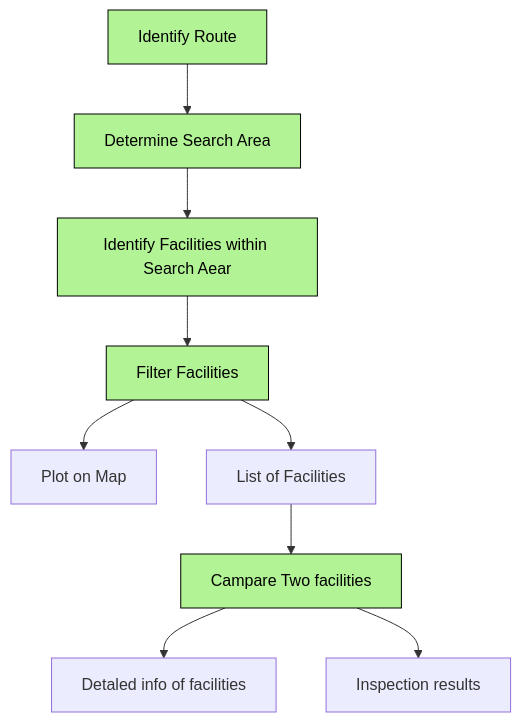
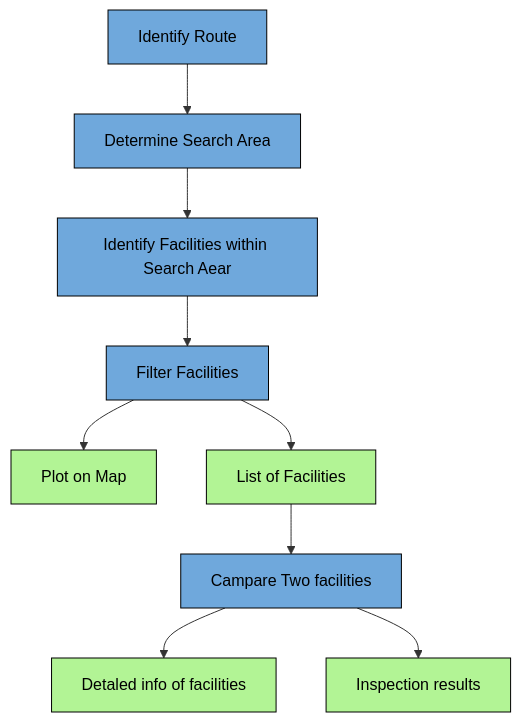
One commit to abidgen/nyc_childcare_finder changed the diagram in README.md. Above: the diagram before and after it, drawn with Mermaid.

````diff
--- a/README.md
+++ b/README.md
@@ -32,15 +32,15 @@
 ```mermaid
 flowchart TD
     A[Identify Route]:::process --> B[Determine Search Area]:::process
     B --> C[Identify Facilities within Search Aear]:::process
     C --> D[Filter Facilities]:::process
     D --> E[Plot on Map]:::result
     D --> F[List of Facilities]:::result
     F --> G[Campare Two facilities]:::process
     G --> H[Detaled info of facilities]:::result 
     G --> I[Inspection results]:::result
     
     classDef process fill:#6fa8dc,stroke:#000,stroke-width:1px,color:#000;
-    classDef process fill:#b2f495,stroke:#000,stroke-width:1px,color:#000;
+    classDef result fill:#b2f495,stroke:#000,stroke-width:1px,color:#000;
 
 ```
````
